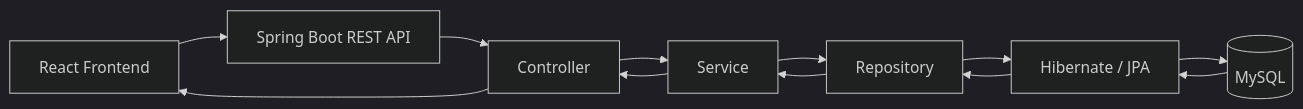
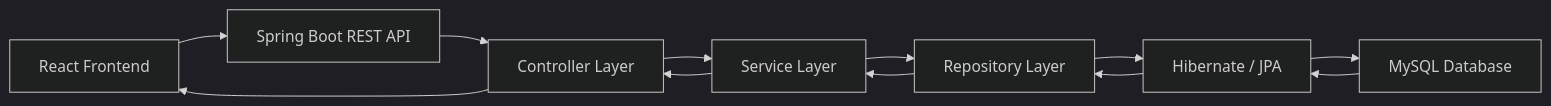
The first of 10 diagrams in README.md (navyachandhrika/jobtracker-backend), drawn with Mermaid (dark theme) before and after one commit. The commit also changed other lines of this file, not shown here.

Commit message:
Enhance System Architecture diagram in README
Updated the System Architecture section with improved formatting and clearer labels for the components.

````diff
--- a/README.md
+++ b/README.md
@@ -49,14 +49,24 @@
-``` mermaid
+```mermaid
 flowchart LR
-A[React Frontend] --> B[Spring Boot REST API]
-B --> C[Controller]
-C --> D[Service]
-D --> E[Repository]
-E --> F[Hibernate / JPA]
-F --> G[(MySQL)]
+
+A["React Frontend"]
+B["Spring Boot REST API"]
+C["Controller Layer"]
+D["Service Layer"]
+E["Repository Layer"]
+F["Hibernate / JPA"]
+G["MySQL Database"]
+
+A --> B
+B --> C
+C --> D
+D --> E
+E --> F
+F --> G
+
 G --> F
 F --> E
 E --> D
 D --> C
 C --> A
 ```
````
